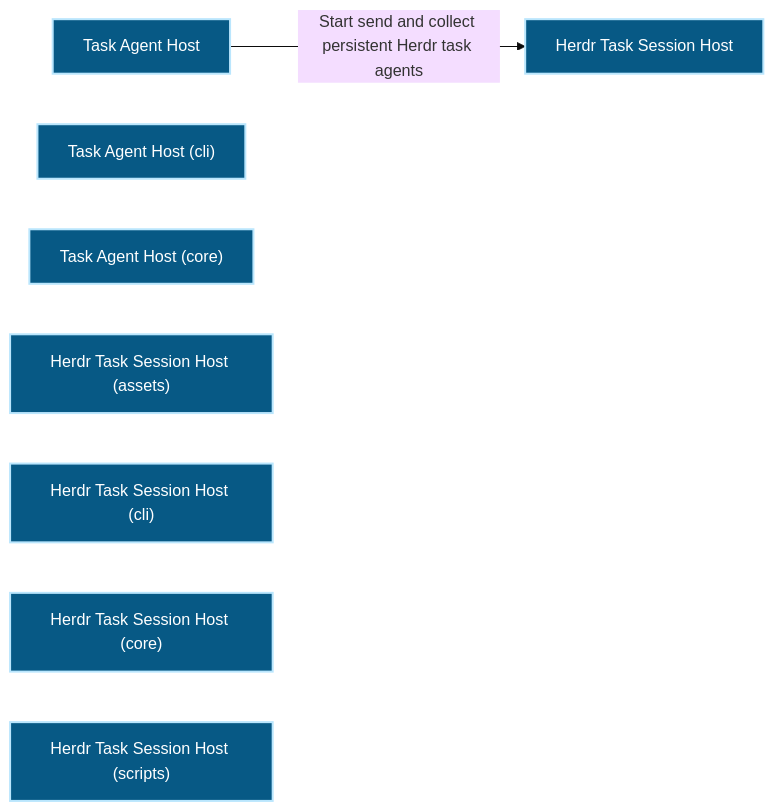
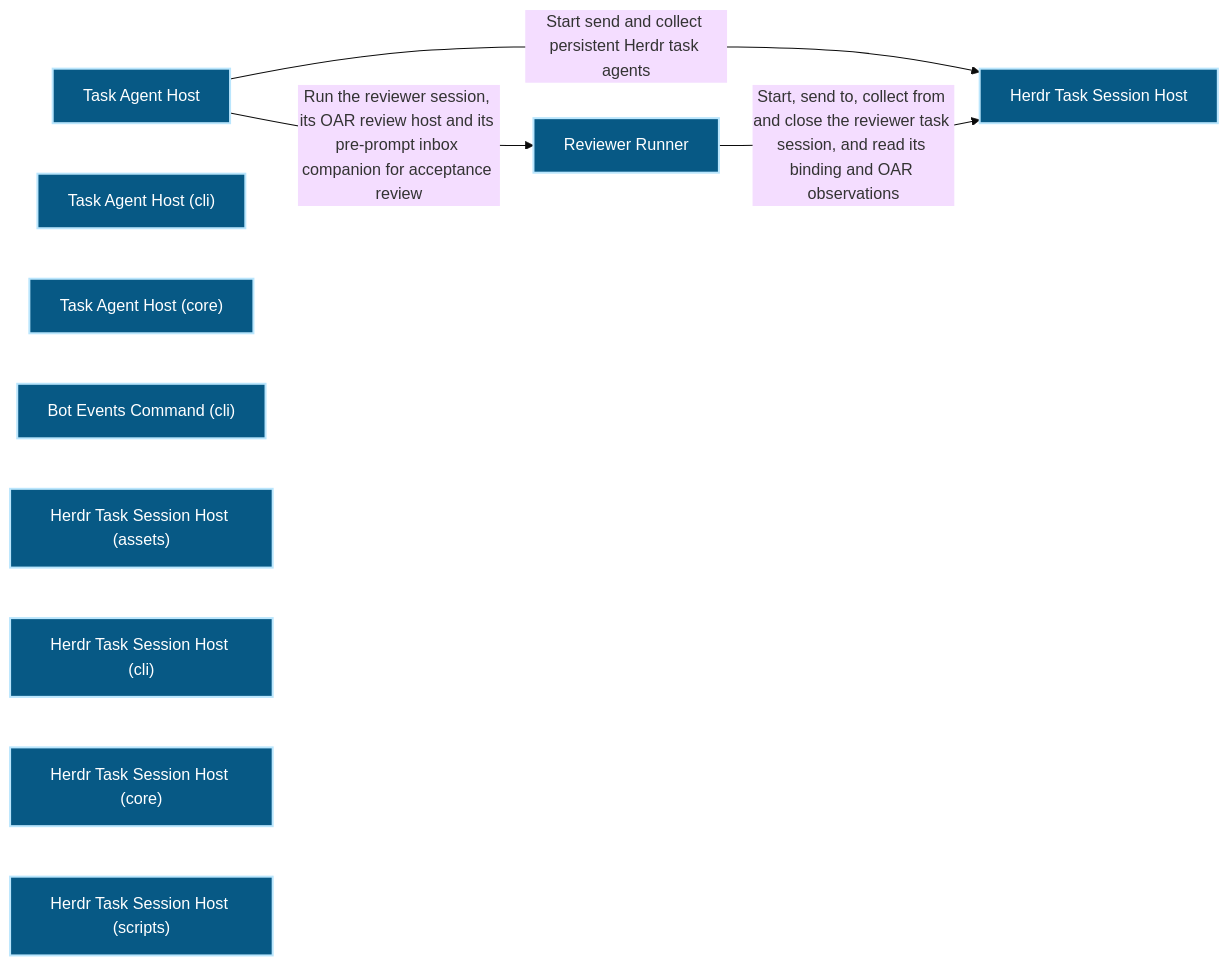
The first of 2 diagrams in docs/architecture/modules/runtime-harness/task-agent-host.md (Ancienttwo/repo-harness), drawn with Mermaid (base theme) before and after one commit. The commit also changed other lines of this file and 20 other files, not shown here.

First line of the commit message:
chore(projection): refresh generated architecture outputs for main@a81f342c0eb6

````diff
--- a/docs/architecture/modules/runtime-harness/task-agent-host.md
+++ b/docs/architecture/modules/runtime-harness/task-agent-host.md
@@ -16,16 +16,20 @@
 ```mermaid
 flowchart LR
   p1_capability_runtime_harness_task_agent_host_d81dadb6["Task Agent Host"]:::component
   p1_component_task_agent_host_cli_layer_209be438["Task Agent Host (cli)"]:::component
   p1_component_task_agent_host_core_layer_b57e2a37["Task Agent Host (core)"]:::component
+  p1_component_task_agent_host_events_cli_05ad084f["Bot Events Command (cli)"]:::component
   p1_component_task_agent_host_primary_d8453f09["Herdr Task Session Host"]:::component
   p1_component_task_agent_host_primary_assets_5212098e["Herdr Task Session Host (assets)"]:::component
   p1_component_task_agent_host_primary_cli_1076e150["Herdr Task Session Host (cli)"]:::component
   p1_component_task_agent_host_primary_core_a2a0dfb5["Herdr Task Session Host (core)"]:::component
   p1_component_task_agent_host_primary_scripts_e0855c5f["Herdr Task Session Host (scripts)"]:::component
+  p1_component_task_agent_host_review_runner_c2379e1e["Reviewer Runner"]:::component
   p1_capability_runtime_harness_task_agent_host_d81dadb6 -->|"Start send and collect persistent Herdr task agents"| p1_component_task_agent_host_primary_d8453f09
+  p1_capability_runtime_harness_task_agent_host_d81dadb6 -->|"Run the reviewer session#44; its OAR review host and its pre-prompt inbox companion for acceptance review"| p1_component_task_agent_host_review_runner_c2379e1e
+  p1_component_task_agent_host_review_runner_c2379e1e -->|"Start#44; send to#44; collect from and close the reviewer task session#44; and read its binding and OAR observations"| p1_component_task_agent_host_primary_d8453f09
   classDef actor fill:#111827,color:#ffffff,stroke:#f9fafb,stroke-width:2px
   classDef component fill:#075985,color:#ffffff,stroke:#bae6fd,stroke-width:2px
   classDef datastore fill:#3f6212,color:#ffffff,stroke:#d9f99d,stroke-width:2px
   classDef external fill:#7c2d12,color:#ffffff,stroke:#fed7aa,stroke-width:2px
 ```
````
